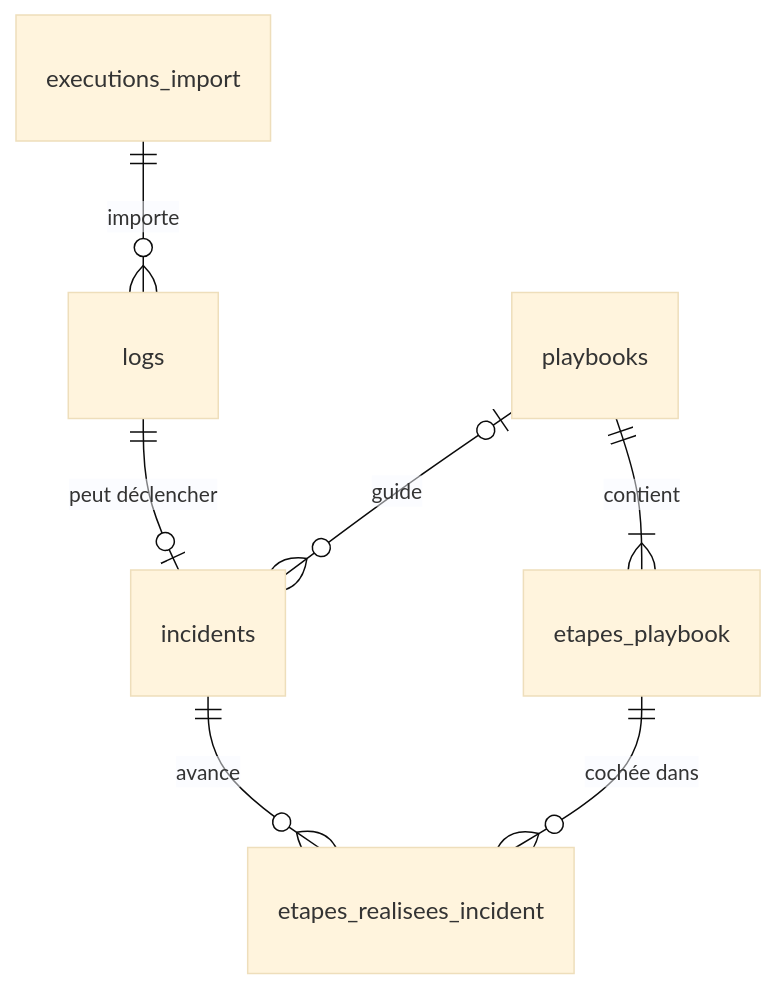
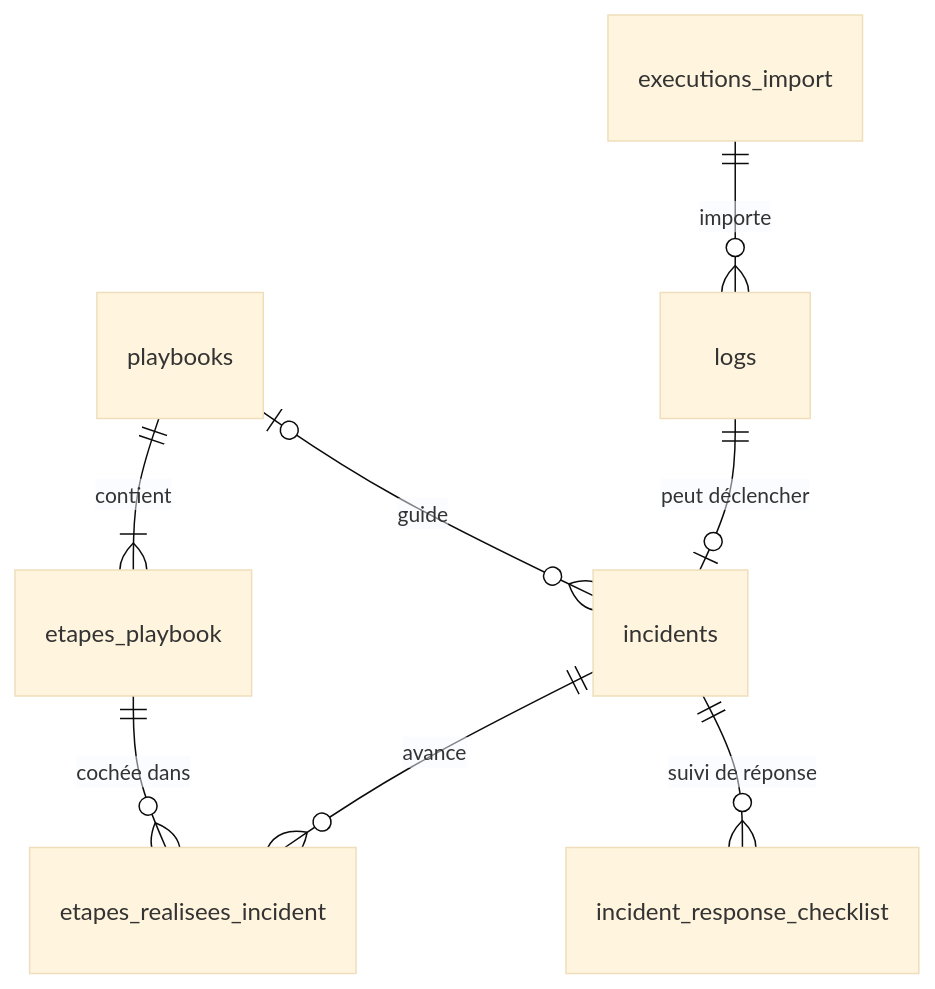
The diagram in docs/technical/database.md (kalash-alertes/Private-), drawn with Mermaid (base theme) before and after one commit. The commit also changed other lines of this file and 92 other files, not shown here.

````diff
--- a/docs/technical/database.md
+++ b/docs/technical/database.md
@@ -6,9 +6,10 @@
 ```mermaid
 erDiagram
     executions_import ||--o{ logs : "importe"
     logs ||--o| incidents : "peut déclencher"
     playbooks ||--|{ etapes_playbook : "contient"
     playbooks |o--o{ incidents : "guide"
     incidents ||--o{ etapes_realisees_incident : "avance"
     etapes_playbook ||--o{ etapes_realisees_incident : "cochée dans"
+    incidents ||--o{ incident_response_checklist : "suivi de réponse"
 ```
````
